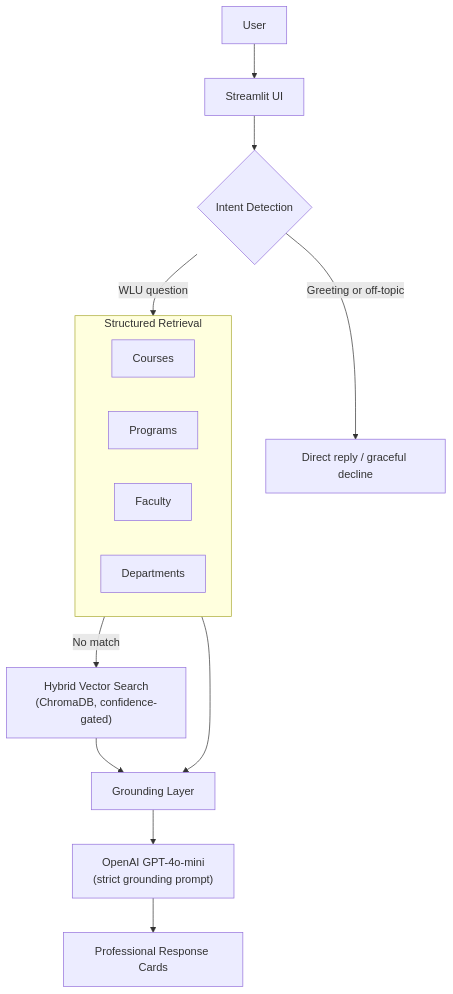
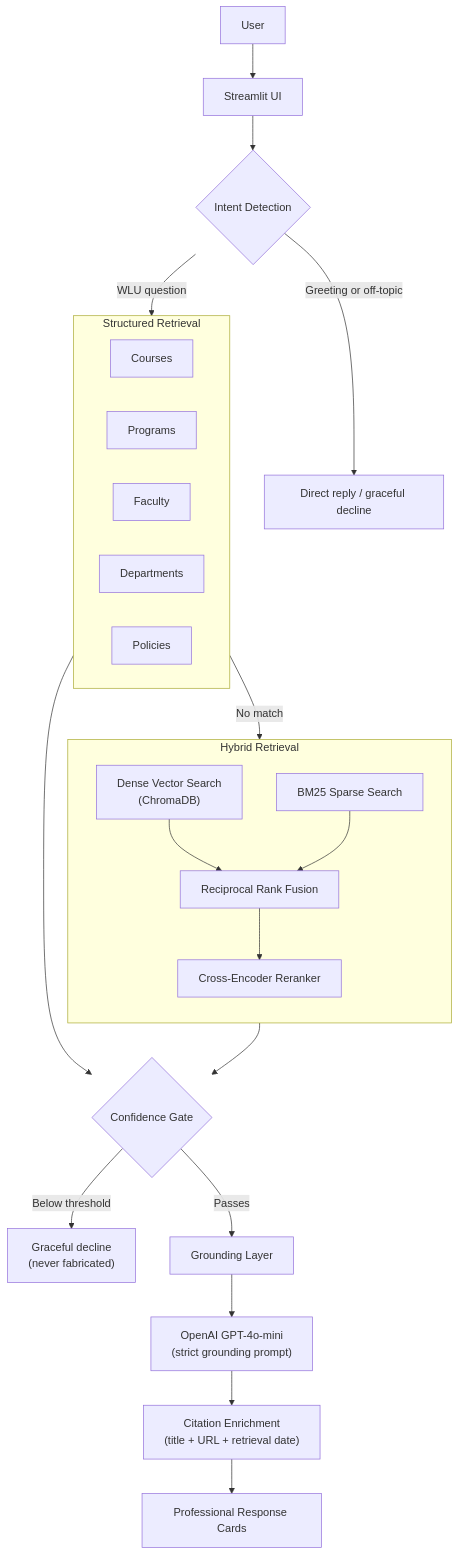
Before and after one commit to Dileep5/wlu-chatbot-rag: the diagram in README.md, drawn with Mermaid. The commit also changed other lines of this file and 3 other files, not shown here.

````diff
--- a/README.md
+++ b/README.md
@@ -40,24 +45,36 @@
 ```mermaid
 flowchart TD
     U["User"] --> UI["Streamlit UI"]
     UI --> ID{"Intent Detection"}
 
     ID -->|"Greeting or off-topic"| DIRECT["Direct reply / graceful decline"]
     ID -->|"WLU question"| SR
 
     subgraph SR["Structured Retrieval"]
         direction LR
         C1["Courses"]
         C2["Programs"]
         C3["Faculty"]
         C4["Departments"]
+        C5["Policies"]
     end
 
-    SR -->|"No match"| HVS["Hybrid Vector Search<br/>(ChromaDB, confidence-gated)"]
+    SR -->|"No match"| HR
 
-    SR --> GL["Grounding Layer"]
-    HVS --> GL
+    subgraph HR["Hybrid Retrieval"]
+        direction TB
+        DV["Dense Vector Search<br/>(ChromaDB)"] --> RRF
+        BM["BM25 Sparse Search"] --> RRF
+        RRF["Reciprocal Rank Fusion"] --> CE["Cross-Encoder Reranker"]
+    end
+
+    SR --> GATE{"Confidence Gate"}
+    HR --> GATE
+
+    GATE -->|"Below threshold"| DECLINE["Graceful decline<br/>(never fabricated)"]
+    GATE -->|"Passes"| GL["Grounding Layer"]
 
     GL --> LLM["OpenAI GPT-4o-mini<br/>(strict grounding prompt)"]
-    LLM --> RC["Professional Response Cards"]
+    LLM --> CITE["Citation Enrichment<br/>(title + URL + retrieval date)"]
+    CITE --> RC["Professional Response Cards"]
 ```
````
